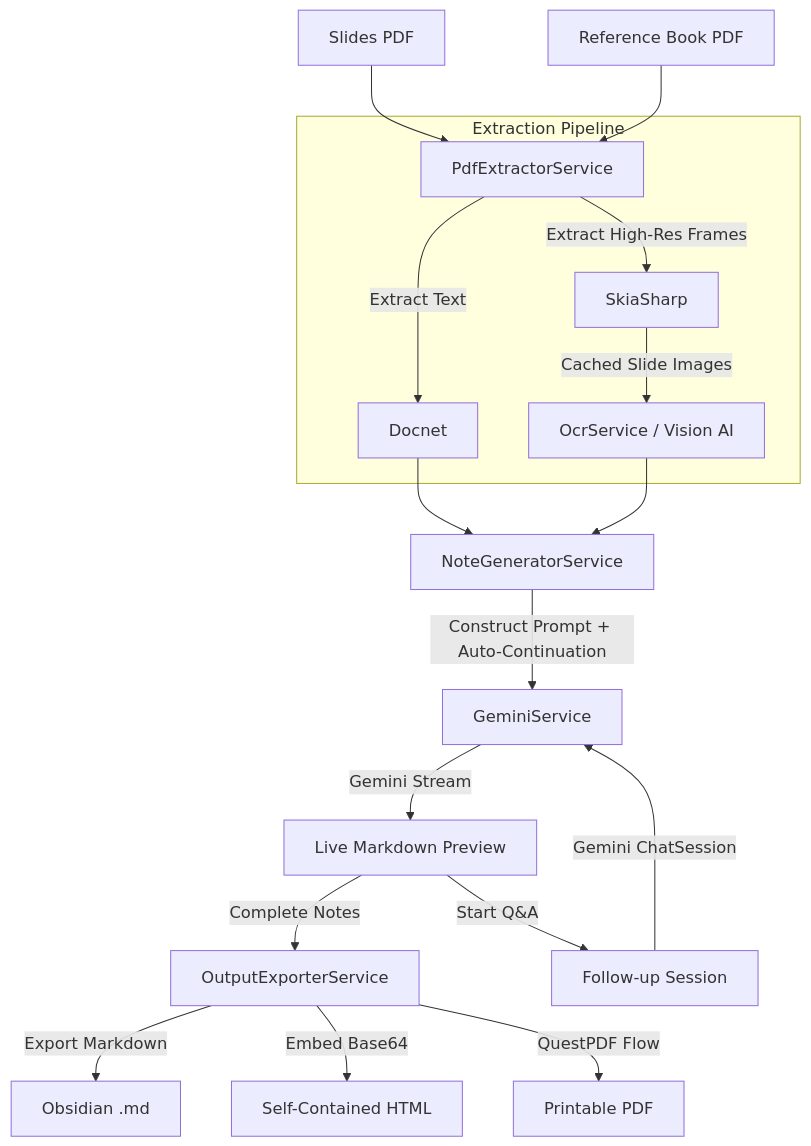
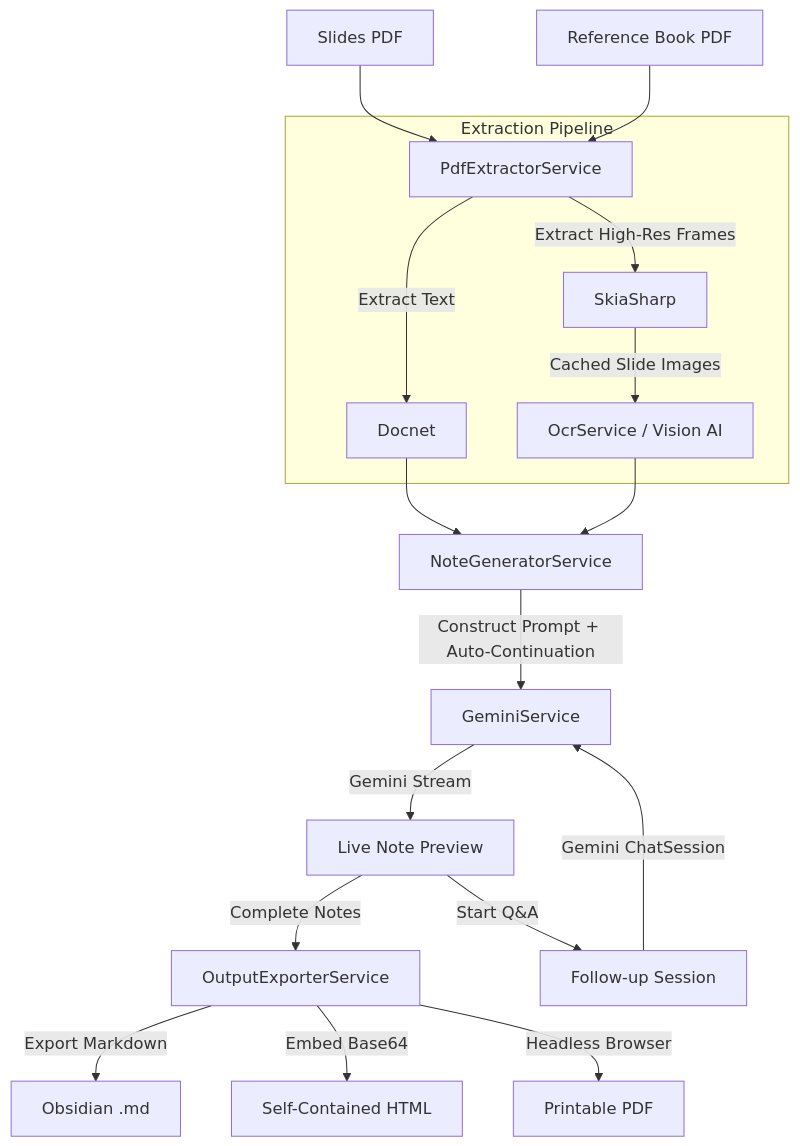
One commit to YaserBaker7/LectureSmith changed the diagram in README.md. Above: the diagram before and after it, drawn with Mermaid. The commit also changed other lines of this file and 12 other files, not shown here.

Commit message:
Release v2.6.0.0: Headless browser PDF export, MathJax 3 formatting, auto slide cleanup, and system optimizations

````diff
--- a/README.md
+++ b/README.md
@@ -83,25 +81,25 @@
 ```mermaid
 graph TD
     A[Slides PDF] --> B[PdfExtractorService]
     A2[Reference Book PDF] --> B
 
     subgraph Extraction Pipeline
         B -->|Extract Text| C[Docnet]
         B -->|Extract High-Res Frames| D[SkiaSharp]
         D -->|Cached Slide Images| E[OcrService / Vision AI]
     end
 
     C --> F[NoteGeneratorService]
     E --> F
 
     F -->|Construct Prompt + Auto-Continuation| G[GeminiService]
-    G -->|Gemini Stream| H[Live Markdown Preview]
+    G -->|Gemini Stream| H[Live Note Preview]
 
     H -->|Complete Notes| I[OutputExporterService]
     I -->|Export Markdown| J[Obsidian .md]
     I -->|Embed Base64| K[Self-Contained HTML]
-    I -->|QuestPDF Flow| L[Printable PDF]
+    I -->|Headless Browser| L[Printable PDF]
 
     H -->|Start Q&A| M[Follow-up Session]
     M -->|Gemini ChatSession| G
 ```
````
